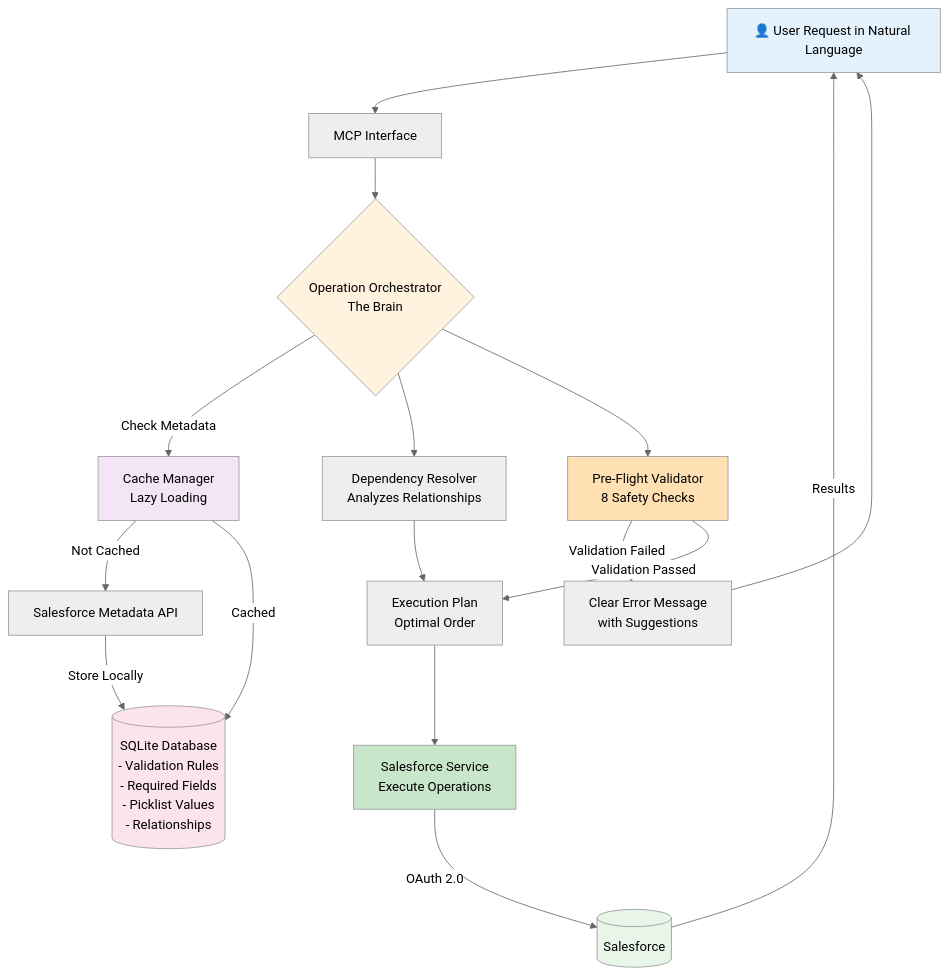
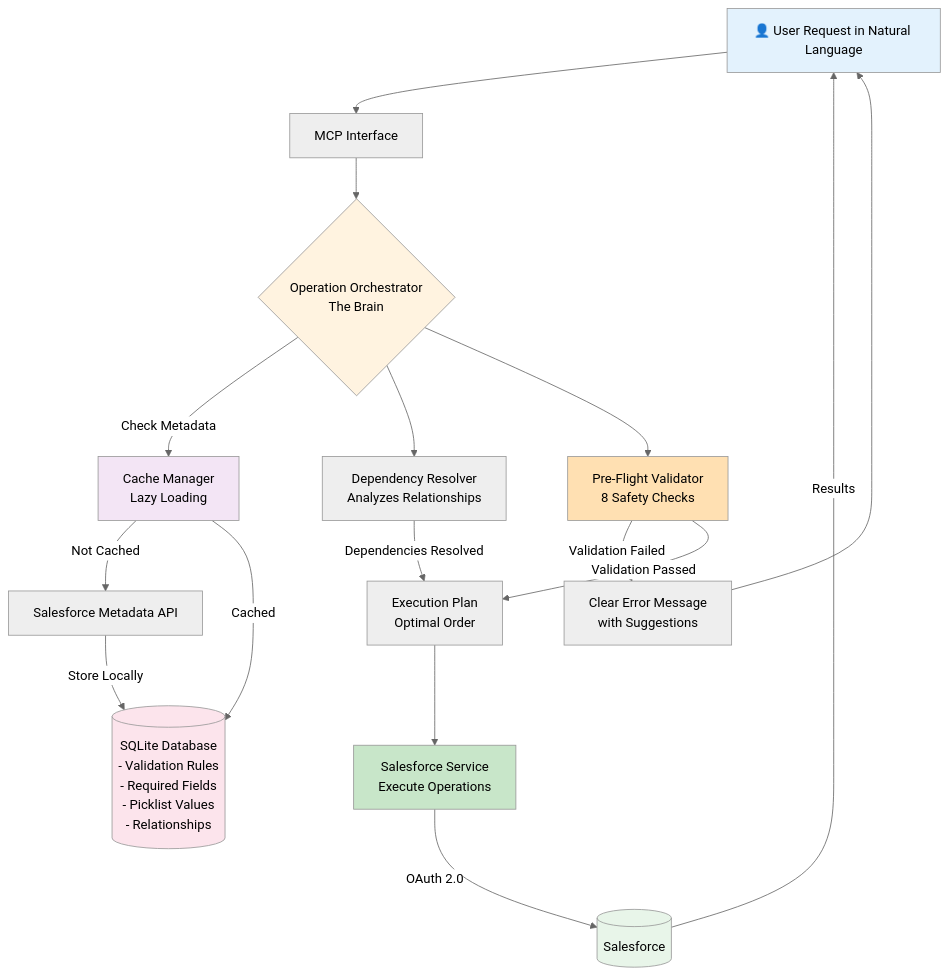
One commit to SrikanthAttili/salesforce-mcp changed the diagram in README.md. Above: the diagram before and after it, drawn with Mermaid (neutral theme). The commit also changed other lines of this file, not shown here.

````diff
--- a/README.md
+++ b/README.md
@@ -254,31 +330,31 @@
 ```mermaid
 graph TB
     User[👤 User Request in Natural Language] --> MCP[MCP Interface]
     MCP --> Orchestrator{Operation Orchestrator<br/>The Brain}
     
     Orchestrator --> |Check Metadata| Cache[Cache Manager<br/>Lazy Loading]
     Cache --> |Not Cached| SF_Meta[Salesforce Metadata API]
     SF_Meta --> |Store Locally| DB[(SQLite Database<br/>- Validation Rules<br/>- Required Fields<br/>- Picklist Values<br/>- Relationships)]
     Cache --> |Cached| DB
     
     Orchestrator --> Resolver[Dependency Resolver<br/>Analyzes Relationships]
     Orchestrator --> Validator[Pre-Flight Validator<br/>8 Safety Checks]
     
     Validator --> |Validation Failed| ErrorMsg[Clear Error Message<br/>with Suggestions]
     ErrorMsg --> User
     
-    Resolver --> Plan[Execution Plan<br/>Optimal Order]
-    Validator --> |Validation Passed| Plan
+    Validator --> |Validation Passed| Plan[Execution Plan<br/>Optimal Order]
+    Resolver --> |Dependencies Resolved| Plan
     
     Plan --> Exec[Salesforce Service<br/>Execute Operations]
     Exec --> |OAuth 2.0| Salesforce[(Salesforce)]
     Salesforce --> |Results| User
     
     style User fill:#e3f2fd
     style Orchestrator fill:#fff3e0
     style Cache fill:#f3e5f5
     style DB fill:#fce4ec
     style Validator fill:#ffe0b2
     style Exec fill:#c8e6c9
     style Salesforce fill:#e8f5e9
 ```
````
